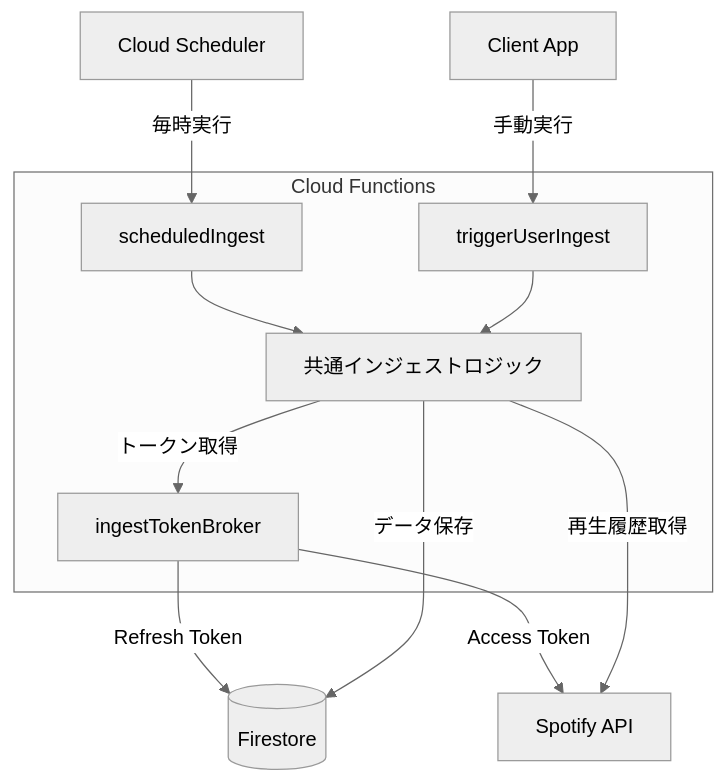
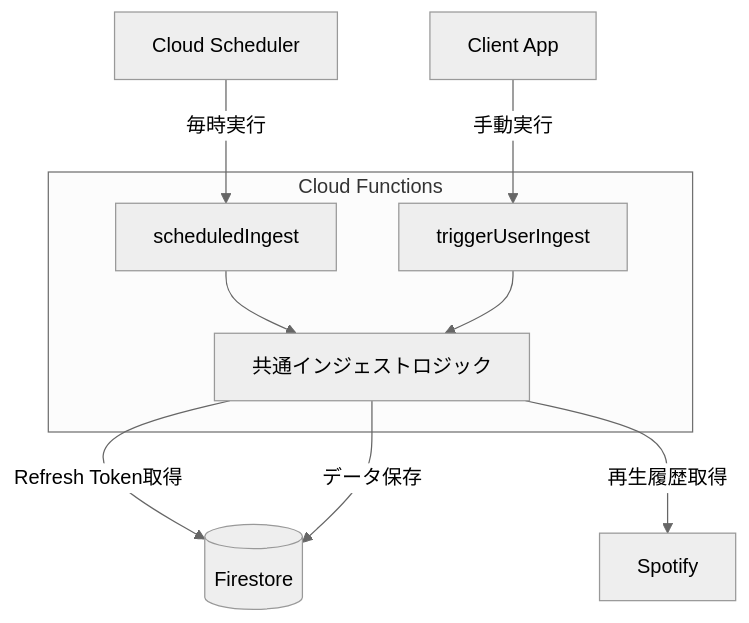
The diagram in README.md (takuto0404/BOOMY_spotify_ingest), drawn with Mermaid (neutral theme) before and after one commit. The commit also changed other lines of this file and 14 other files, not shown here.

````diff
--- a/README.md
+++ b/README.md
@@ -10,16 +10,14 @@
 ```mermaid
 graph TD
     Scheduler[Cloud Scheduler] -->|毎時実行| Ingest[scheduledIngest]
     User[Client App] -->|手動実行| Trigger[triggerUserIngest]
     
     subgraph Cloud Functions
         Ingest --> Logic[共通インジェストロジック]
         Trigger --> Logic
-        Logic -->|トークン取得| Broker[ingestTokenBroker]
     end
     
-    Broker -->|Refresh Token| Firestore[(Firestore)]
-    Broker -->|Access Token| Spotify[Spotify API]
+    Logic -->|Refresh Token取得| Firestore[(Firestore)]
     Logic -->|再生履歴取得| Spotify
     Logic -->|データ保存| Firestore
 ```
````
